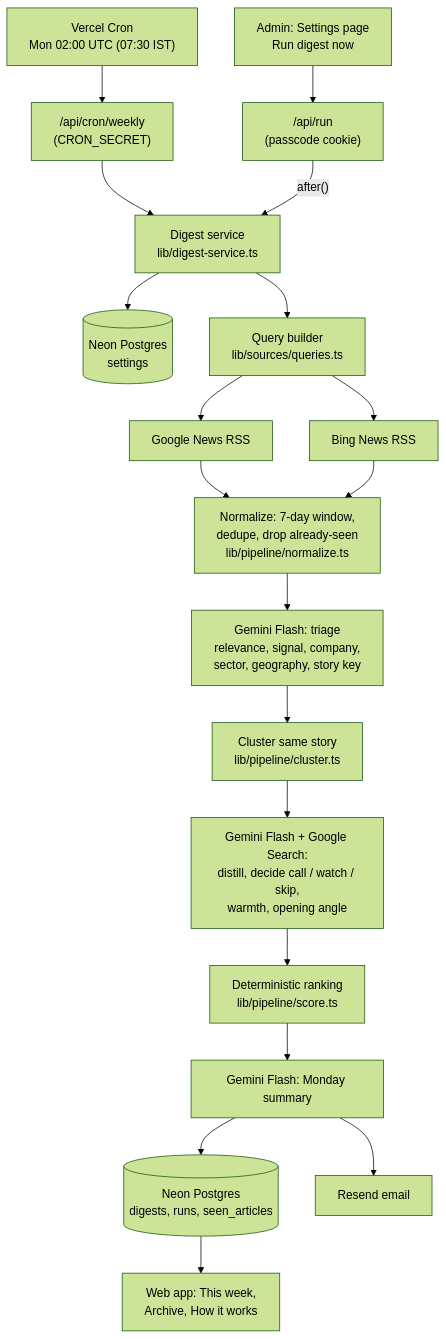
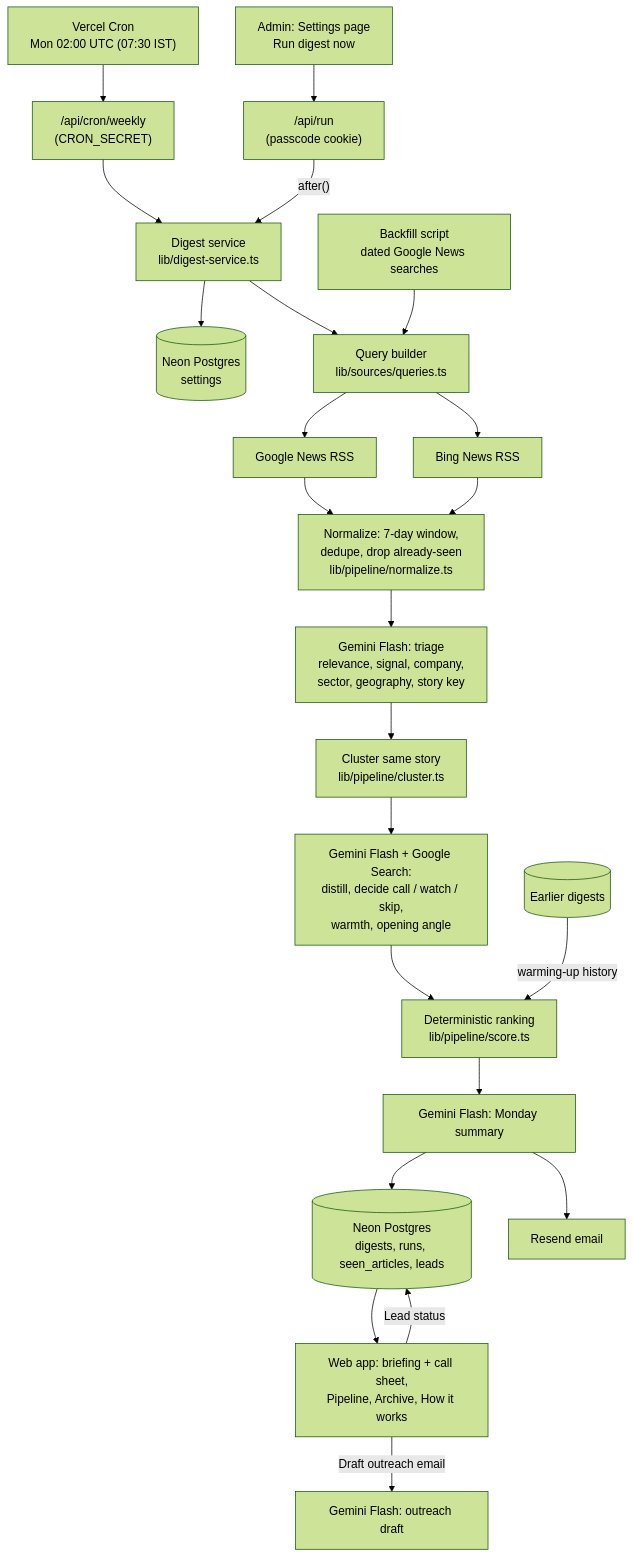
Before and after one commit to bhushan/csr-finder: the diagram in COMPONENTS.md, drawn with Mermaid (forest theme). The commit also changed other lines of this file and 42 other files, not shown here.

First line of the commit message:
Redesign as a Monday briefing; add warming-up trend, CSR track record, outreach pipeline, Gemini drafts, backfill (#2)

````diff
--- a/COMPONENTS.md
+++ b/COMPONENTS.md
@@ -9,21 +9,25 @@
 ```mermaid
 flowchart TD
   CRON["Vercel Cron<br/>Mon 02:00 UTC (07:30 IST)"] --> CRONAPI["/api/cron/weekly<br/>(CRON_SECRET)"]
   ADMIN["Admin: Settings page<br/>Run digest now"] --> RUNAPI["/api/run<br/>(passcode cookie)"]
   CRONAPI --> SVC["Digest service<br/>lib/digest-service.ts"]
   RUNAPI -->|"after()"| SVC
   SVC --> CFG[("Neon Postgres<br/>settings")]
   SVC --> Q["Query builder<br/>lib/sources/queries.ts"]
   Q --> GN["Google News RSS"]
   Q --> BN["Bing News RSS"]
   GN --> N["Normalize: 7-day window,<br/>dedupe, drop already-seen<br/>lib/pipeline/normalize.ts"]
   BN --> N
   N --> T["Gemini Flash: triage<br/>relevance, signal, company,<br/>sector, geography, story key"]
   T --> C["Cluster same story<br/>lib/pipeline/cluster.ts"]
   C --> D["Gemini Flash + Google Search:<br/>distill, decide call / watch / skip,<br/>warmth, opening angle"]
   D --> S["Deterministic ranking<br/>lib/pipeline/score.ts"]
   S --> SUM["Gemini Flash: Monday summary"]
-  SUM --> DB[("Neon Postgres<br/>digests, runs, seen_articles")]
+  DB2[("Earlier digests")] -->|"warming-up history"| S
+  SUM --> DB[("Neon Postgres<br/>digests, runs, seen_articles, leads")]
   SUM --> MAIL["Resend email"]
-  DB --> WEB["Web app: This week,<br/>Archive, How it works"]
+  DB --> WEB["Web app: briefing + call sheet,<br/>Pipeline, Archive, How it works"]
+  WEB -->|"Draft outreach email"| DRAFT["Gemini Flash: outreach draft"]
+  WEB -->|"Lead status"| DB
+  BACK["Backfill script<br/>dated Google News searches"] --> Q
 ```
````
